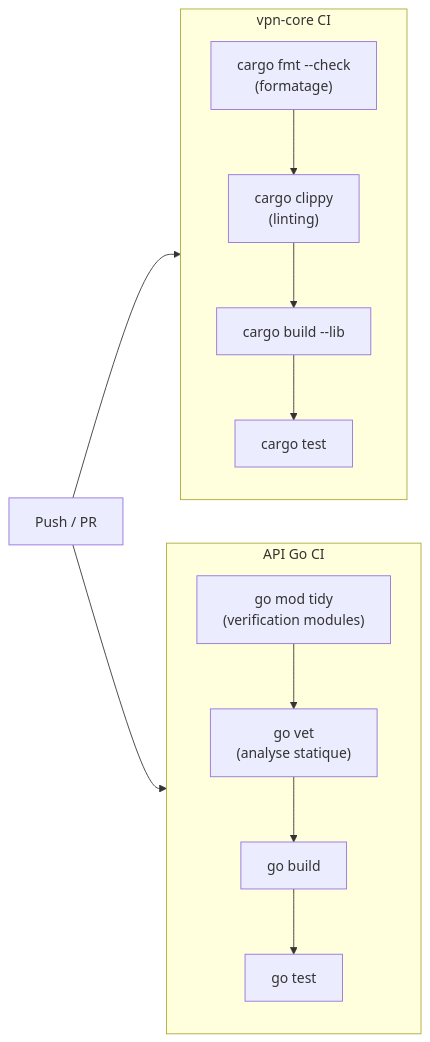
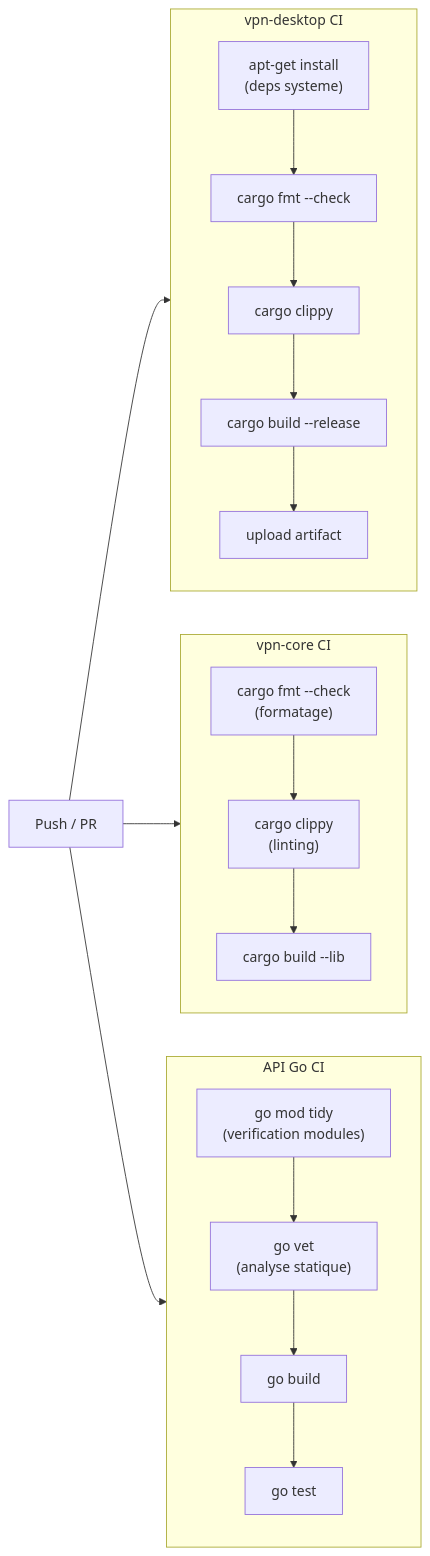
One commit to Xor290/FIRE-VPN changed the sixth of 6 diagrams in README.md. Above: the diagram before and after it, drawn with Mermaid. The commit also changed other lines of this file, not shown here.

````diff
--- a/README.md
+++ b/README.md
@@ -284,19 +337,27 @@
 ```mermaid
 flowchart LR
     subgraph "API Go CI"
         direction TB
         G1["go mod tidy<br/>(verification modules)"] --> G2["go vet<br/>(analyse statique)"]
         G2 --> G3["go build"]
         G3 --> G4["go test"]
     end
 
     subgraph "vpn-core CI"
         direction TB
         R1["cargo fmt --check<br/>(formatage)"] --> R2["cargo clippy<br/>(linting)"]
         R2 --> R3["cargo build --lib"]
-        R3 --> R4["cargo test"]
+    end
+
+    subgraph "vpn-desktop CI"
+        direction TB
+        D1["apt-get install<br/>(deps systeme)"] --> D2["cargo fmt --check"]
+        D2 --> D3["cargo clippy"]
+        D3 --> D4["cargo build --release"]
+        D4 --> D5["upload artifact"]
     end
 
     Push["Push / PR"] --> G1
     Push --> R1
+    Push --> D1
 ```
````
